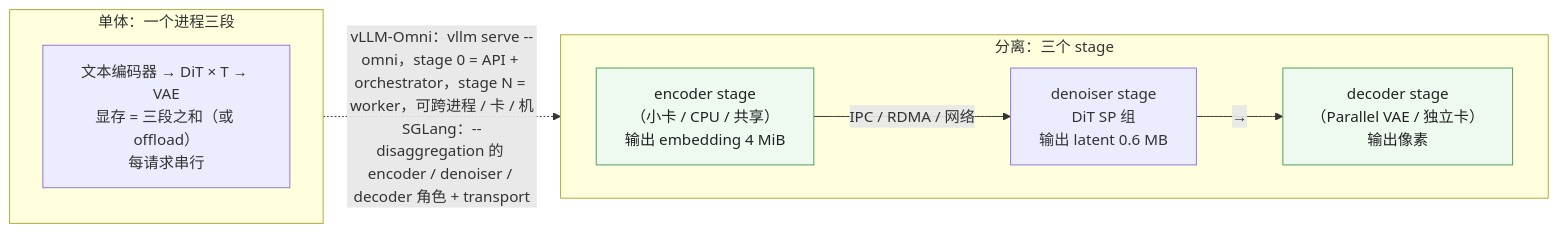
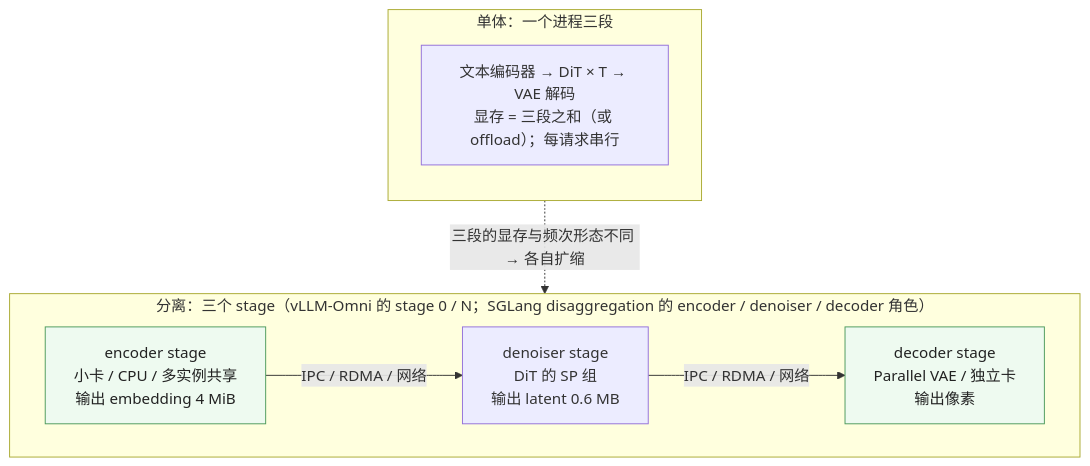
The second of 3 diagrams in _drafts/diffusion-serving-shapes-batching-disaggregation-and-cost.md (arganzheng/arganzheng.github.com), drawn with Mermaid before and after one commit. The commit also changed other lines of this file and 12 other files, not shown here.

Commit message:
扩散模型推理基础设施系列（草稿）：行内公式改 $$、图改纵向、L7 第六篇视频成本按 4LN²d 修正；AGENTS / 备忘录 V2.26

````diff
--- a/_drafts/diffusion-serving-shapes-batching-disaggregation-and-cost.md
+++ b/_drafts/diffusion-serving-shapes-batching-disaggregation-and-cost.md
@@ -177,24 +177,22 @@
 ```mermaid
-flowchart LR
+flowchart TB
     subgraph MONO["单体：一个进程三段"]
         direction TB
-        M["文本编码器 → DiT × T → VAE
-显存 = 三段之和（或 offload）
-每请求串行"]
+        M["文本编码器 → DiT × T → VAE 解码
+显存 = 三段之和（或 offload）；每请求串行"]
     end
-    subgraph DIS["分离：三个 stage"]
+    subgraph DIS["分离：三个 stage（vLLM-Omni 的 stage 0 / N；SGLang disaggregation 的 encoder / denoiser / decoder 角色）"]
         direction LR
         E["encoder stage
-（小卡 / CPU / 共享）
+小卡 / CPU / 多实例共享
 输出 embedding 4 MiB"] -- "IPC / RDMA / 网络" --> D["denoiser stage
-DiT SP 组
-输出 latent 0.6 MB"] -- "→" --> V["decoder stage
-（Parallel VAE / 独立卡）
+DiT 的 SP 组
+输出 latent 0.6 MB"] -- "IPC / RDMA / 网络" --> V["decoder stage
+Parallel VAE / 独立卡
 输出像素"]
     end
-    MONO -. "vLLM-Omni：vllm serve --omni，stage 0 = API + orchestrator，stage N = worker，可跨进程 / 卡 / 机
-SGLang：--disaggregation 的 encoder / denoiser / decoder 角色 + transport" .-> DIS
+    MONO -. "三段的显存与频次形态不同 → 各自扩缩" .-> DIS
 
     classDef s fill:#eefaf0,stroke:#4d9a5c,color:#222
     class E,V s
 ```
````
